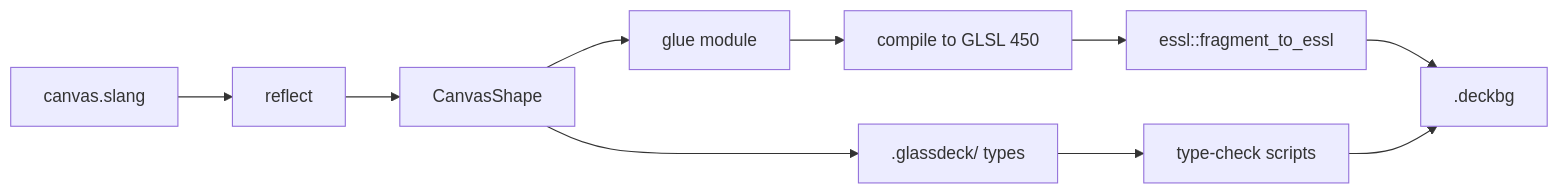
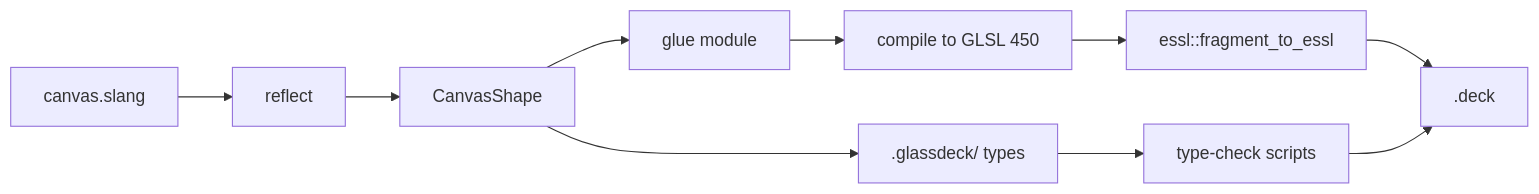
The diagram in crates/glassdeck-slang/README.md (TareHimself/glassdeck), drawn with Mermaid before and after one commit. The commit also changed other lines of this file and 102 other files, not shown here.

````diff
--- a/crates/glassdeck-slang/README.md
+++ b/crates/glassdeck-slang/README.md
@@ -11,6 +11,6 @@
 ```mermaid
 flowchart LR
   s[canvas.slang] --> r[reflect] --> shape[CanvasShape]
-  shape --> glue[glue module] --> c[compile to GLSL 450] --> e[essl::fragment_to_essl] --> deck[.deckbg]
+  shape --> glue[glue module] --> c[compile to GLSL 450] --> e[essl::fragment_to_essl] --> deck[.deck]
   shape --> t[".glassdeck/ types"] --> chk[type-check scripts] --> deck
 ```
````
